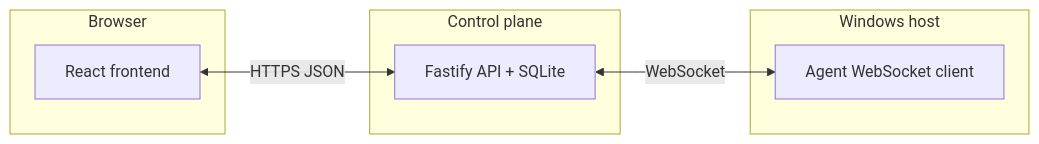
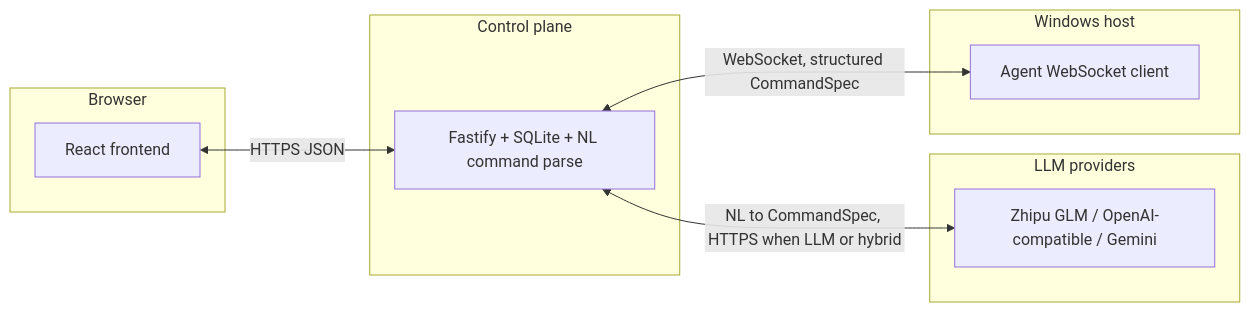
The first of 2 diagrams in README.md (yonyong/Remote-Windows-Agent), drawn with Mermaid before and after one commit. The commit also changed other lines of this file and 1 other file, not shown here.

````diff
--- a/README.md
+++ b/README.md
@@ -21,14 +32,18 @@
 ```mermaid
 flowchart LR
   subgraph client [Browser]
     FE[React frontend]
   end
   subgraph server [Control plane]
-    CP[Fastify API + SQLite]
+    CP[Fastify + SQLite + NL command parse]
+  end
+  subgraph cloud [LLM providers]
+    LLM[Zhipu GLM / OpenAI-compatible / Gemini]
   end
   subgraph pc [Windows host]
     AG[Agent WebSocket client]
   end
   FE <-->|HTTPS JSON| CP
-  CP <-->|WebSocket| AG
+  CP <-->|NL to CommandSpec, HTTPS when LLM or hybrid| LLM
+  CP <-->|WebSocket, structured CommandSpec| AG
 ```
````
